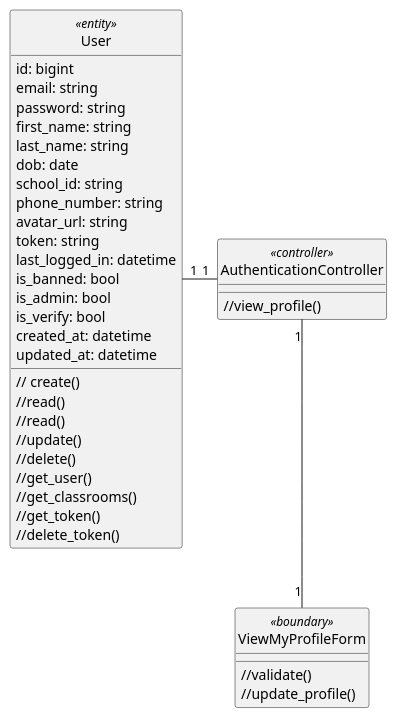
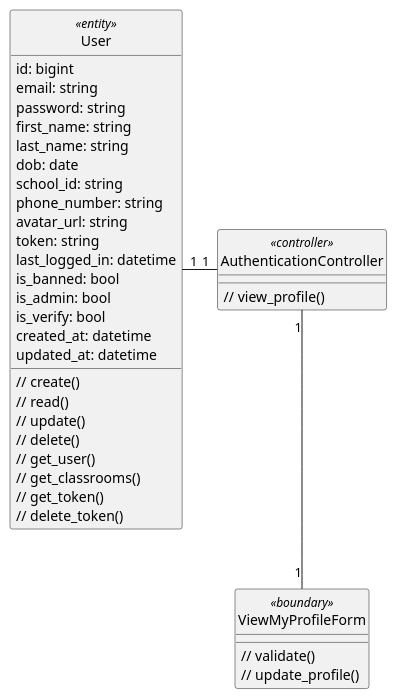
Before and after one commit to anonyhostvn/OOAD-Diagram: the diagram in class - analysis/authentication/viewMyProfile.plantuml, drawn with PlantUML. The commit also changed 9 other files, not shown here.

Commit message:
authentication Class diagram update2

```diff
--- a/class - analysis/authentication/viewMyProfile.plantuml
+++ b/class - analysis/authentication/viewMyProfile.plantuml
@@ -1,48 +1,47 @@
 @startuml login
 
 class User <<entity>> {
     id: bigint
     email: string
     password: string
     first_name: string
     last_name: string
     dob: date
     school_id: string
     phone_number: string
     avatar_url: string
     token: string
     last_logged_in: datetime
     is_banned: bool
     is_admin: bool
     is_verify: bool
     created_at: datetime
     updated_at: datetime
 
     // create()
-    //read()
-    //read()
-    //update()
-    //delete()
-    //get_user()
-    //get_classrooms()
-    //get_token()
-    //delete_token()
+    // read()
+    // update()
+    // delete()
+    // get_user()
+    // get_classrooms()
+    // get_token()
+    // delete_token()
 }
 
 class ViewMyProfileForm <<boundary>> {
-    //validate()
-    //update_profile()
+    // validate()
+    // update_profile()
 }
 
 class AuthenticationController <<controller>> {
-    //view_profile()
+    // view_profile()
 }
 
 hide User <<entity>> circle
 hide ViewMyProfileForm <<boundary>> circle
 hide AuthenticationController <<controller>> circle
 
 AuthenticationController "1" -left- "1" User
 AuthenticationController "1" -down- "1" ViewMyProfileForm
 
 @enduml
```
